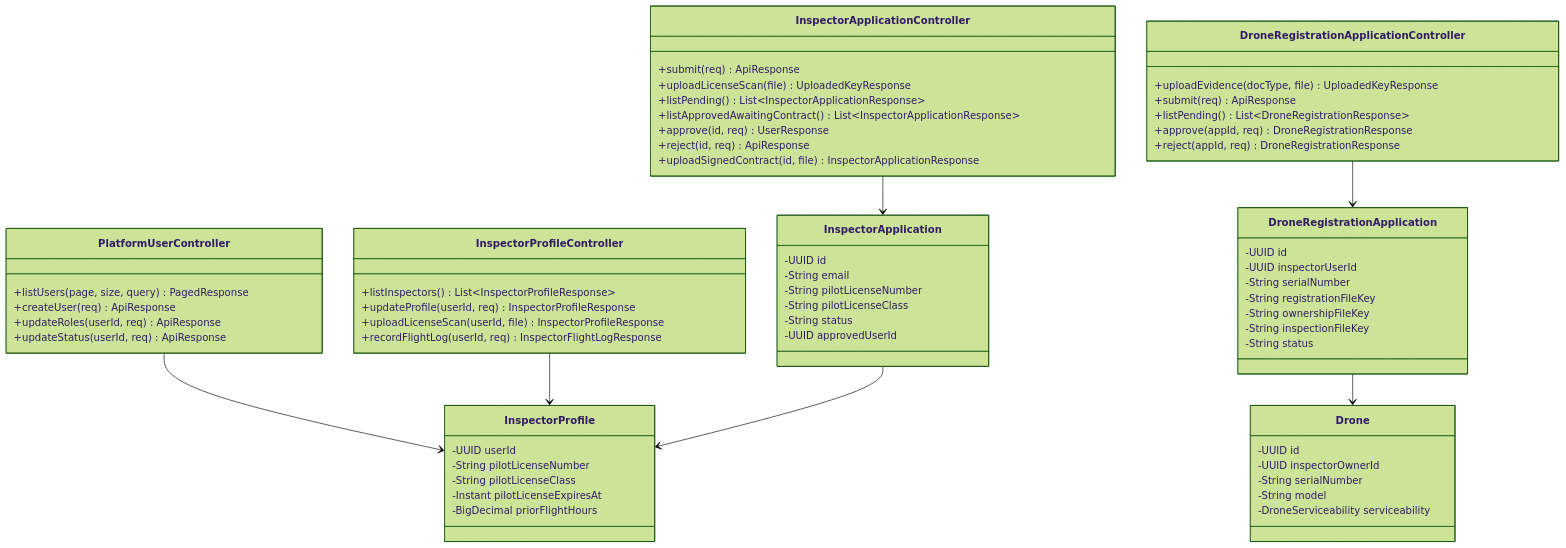
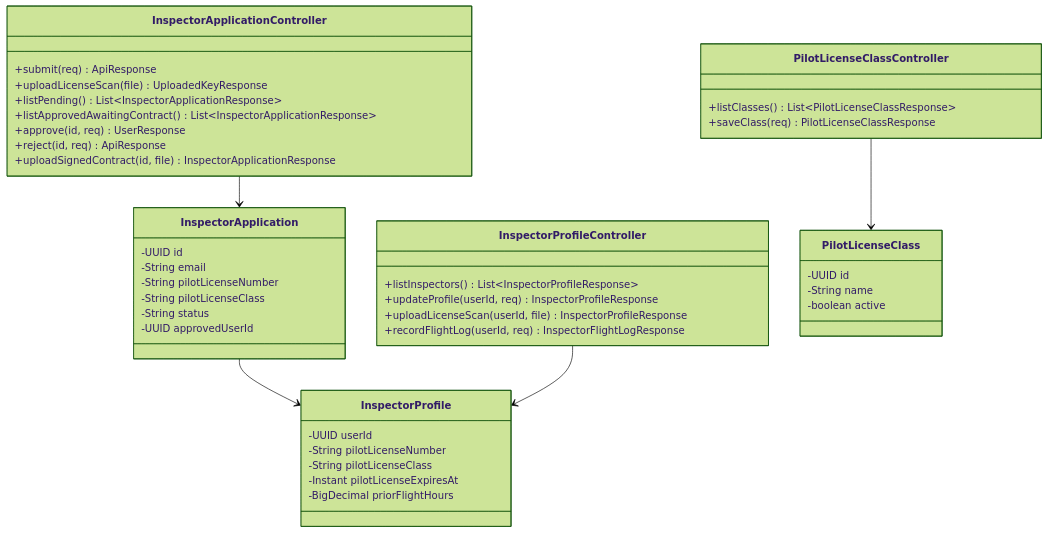
Before and after one commit to tungbach12/SmartDroneInspection-Docs: the fourth of 22 diagrams in reports/report-4-software-design-document/03-detailed-design.md, drawn with Mermaid (forest theme). The commit also changed other lines of this file and 139 other files, not shown here.

Commit message:
docs(reports,diagrams): split 24-feature reports and reorganize type-specific draw.io diagrams

````diff
--- a/reports/report-4-software-design-document/03-detailed-design.md
+++ b/reports/report-4-software-design-document/03-detailed-design.md
@@ -185,69 +187,47 @@
 ```mermaid
-%% title: FE-02 Partner Inspector Admission and Owned Drone Registration Class Diagram
+%% title: FE-02 Partner Inspector Application and Qualification Class Diagram
 classDiagram
-  class PlatformUserController {
-    +listUsers(page, size, query) PagedResponse
-    +createUser(req) ApiResponse
-    +updateRoles(userId, req) ApiResponse
-    +updateStatus(userId, req) ApiResponse
-  }
-  class InspectorProfileController {
-    +listInspectors() List~InspectorProfileResponse~
-    +updateProfile(userId, req) InspectorProfileResponse
-    +uploadLicenseScan(userId, file) InspectorProfileResponse
-    +recordFlightLog(userId, req) InspectorFlightLogResponse
-  }
   class InspectorApplicationController {
     +submit(req) ApiResponse
     +uploadLicenseScan(file) UploadedKeyResponse
     +listPending() List~InspectorApplicationResponse~
     +listApprovedAwaitingContract() List~InspectorApplicationResponse~
     +approve(id, req) UserResponse
     +reject(id, req) ApiResponse
     +uploadSignedContract(id, file) InspectorApplicationResponse
   }
-  class DroneRegistrationApplicationController {
-    +uploadEvidence(docType, file) UploadedKeyResponse
-    +submit(req) ApiResponse
-    +listPending() List~DroneRegistrationResponse~
-    +approve(appId, req) DroneRegistrationResponse
-    +reject(appId, req) DroneRegistrationResponse
+  class InspectorProfileController {
+    +listInspectors() List~InspectorProfileResponse~
+    +updateProfile(userId, req) InspectorProfileResponse
+    +uploadLicenseScan(userId, file) InspectorProfileResponse
+    +recordFlightLog(userId, req) InspectorFlightLogResponse
   }
-  class InspectorProfile {
-    -UUID userId
-    -String pilotLicenseNumber
-    -String pilotLicenseClass
-    -Instant pilotLicenseExpiresAt
-    -BigDecimal priorFlightHours
+  class PilotLicenseClassController {
+    +listClasses() List~PilotLicenseClassResponse~
+    +saveClass(req) PilotLicenseClassResponse
   }
   class InspectorApplication {
     -UUID id
     -String email
     -String pilotLicenseNumber
     -String pilotLicenseClass
     -String status
     -UUID approvedUserId
   }
-  class DroneRegistrationApplication {
+  class InspectorProfile {
+    -UUID userId
+    -String pilotLicenseNumber
+    -String pilotLicenseClass
+    -Instant pilotLicenseExpiresAt
+    -BigDecimal priorFlightHours
+  }
+  class PilotLicenseClass {
     -UUID id
-    -UUID inspectorUserId
-    -String serialNumber
-    -String registrationFileKey
-    -String ownershipFileKey
-    -String inspectionFileKey
-    -String status
+    -String name
+    -boolean active
   }
-  class Drone {
-    -UUID id
-    -UUID inspectorOwnerId
-    -String serialNumber
-    -String model
-    -DroneServiceability serviceability
-  }
-  PlatformUserController --> InspectorProfile
-  InspectorProfileController --> InspectorProfile
   InspectorApplicationController --> InspectorApplication
   InspectorApplication --> InspectorProfile
-  DroneRegistrationApplicationController --> DroneRegistrationApplication
-  DroneRegistrationApplication --> Drone
+  InspectorProfileController --> InspectorProfile
+  PilotLicenseClassController --> PilotLicenseClass
 ```
````
